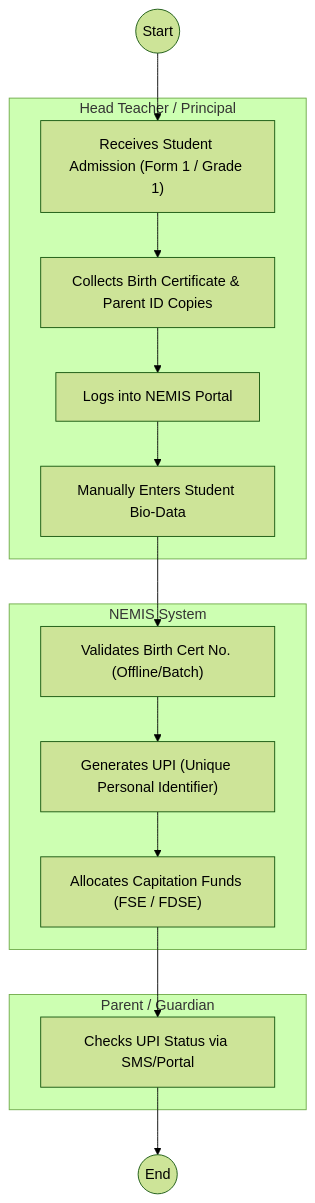
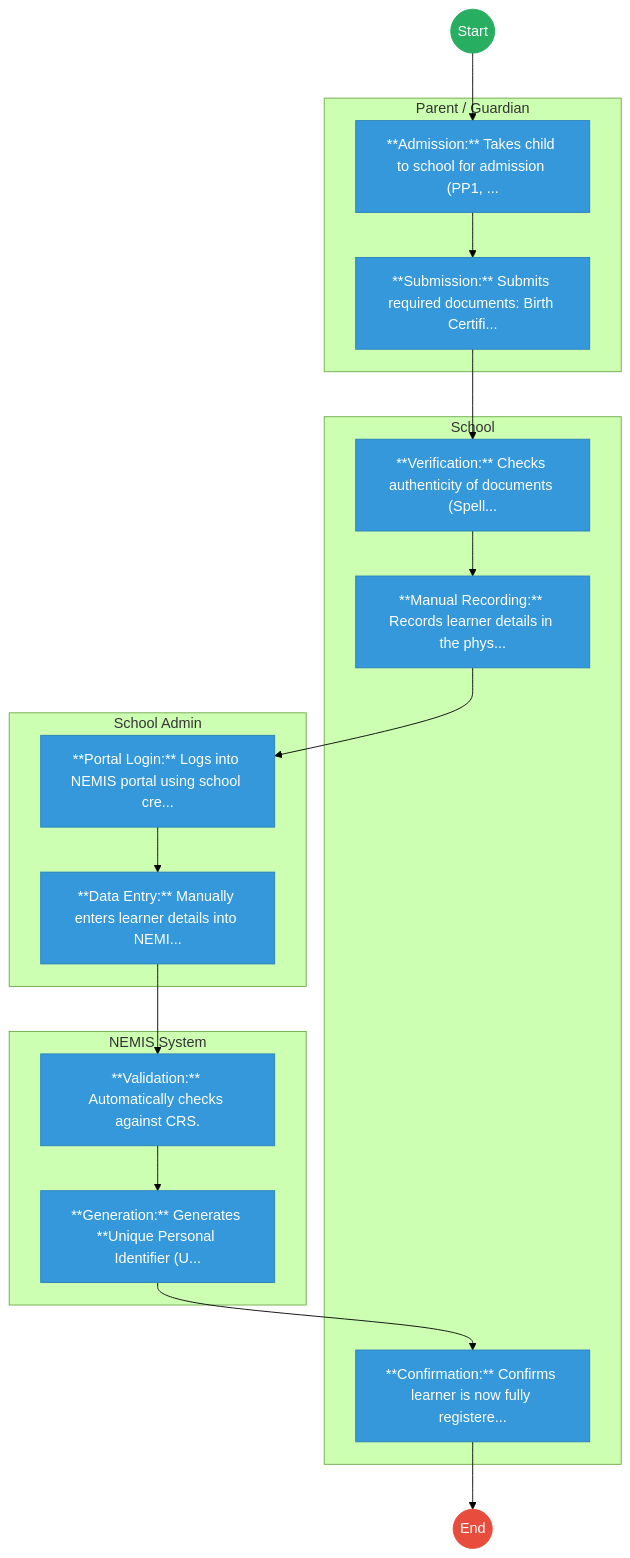
One commit to BITZ-IT-Consulting-LTD/ictapoc changed the first of 2 diagrams in mdas/docs_final/Ministry_of_Education___Service_Delivery.md. Above: the diagram before and after it, drawn with Mermaid (forest theme). The commit also changed other lines of this file and 461 other files, not shown here.

````diff
--- a/mdas/docs_final/Ministry_of_Education___Service_Delivery.md
+++ b/mdas/docs_final/Ministry_of_Education___Service_Delivery.md
@@ -20,27 +20,43 @@
 ```mermaid
 graph TD
     Start((Start)) --> S1
-    subgraph School [Head Teacher / Principal]
-        S1["Receives Student Admission (Form 1 / Grade 1)"]
-        S2["Collects Birth Certificate & Parent ID Copies"]
-        S3["Logs into NEMIS Portal"]
-        S4["Manually Enters Student Bio-Data"]
+
+    subgraph Parent___Guardian [Parent / Guardian]
+        S1["**Admission:** Takes child to school for admission (PP1, ..."]
+        S2["**Submission:** Submits required documents: Birth Certifi..."]
     end
-    subgraph NEMIS [NEMIS System]
-        S5["Validates Birth Cert No. (Offline/Batch)"]
-        S6["Generates UPI (Unique Personal Identifier)"]
-        S7["Allocates Capitation Funds (FSE / FDSE)"]
+
+    subgraph School [School]
+        S3["**Verification:** Checks authenticity of documents (Spell..."]
+        S4["**Manual Recording:** Records learner details in the phys..."]
+        S9["**Confirmation:** Confirms learner is now fully registere..."]
     end
-    subgraph Parent [Parent / Guardian]
-        S8["Checks UPI Status via SMS/Portal"]
+
+    subgraph School_Admin [School Admin]
+        S5["**Portal Login:** Logs into NEMIS portal using school cre..."]
+        S6["**Data Entry:** Manually enters learner details into NEMI..."]
     end
-    
+
+    subgraph NEMIS_System [NEMIS System]
+        S7["**Validation:** Automatically checks against CRS."]
+        S8["**Generation:** Generates **Unique Personal Identifier (U..."]
+    end
     S1 --> S2
     S2 --> S3
     S3 --> S4
     S4 --> S5
     S5 --> S6
     S6 --> S7
     S7 --> S8
-    S8 --> End((End))
+    S8 --> S9
+    S9 --> End((End))
+
+    classDef start fill:#27ae60,stroke:#27ae60,color:#fff;
+    classDef endNode fill:#e74c3c,stroke:#e74c3c,color:#fff;
+    classDef userTask fill:#3498db,stroke:#2980b9,color:#fff;
+    classDef serviceTask fill:#9b59b6,stroke:#8e44ad,color:#fff;
+
+    class Start start;
+    class End endNode;
+    class S1,S2,S3,S4,S5,S6,S7,S8,S9 userTask;
 ```
````
